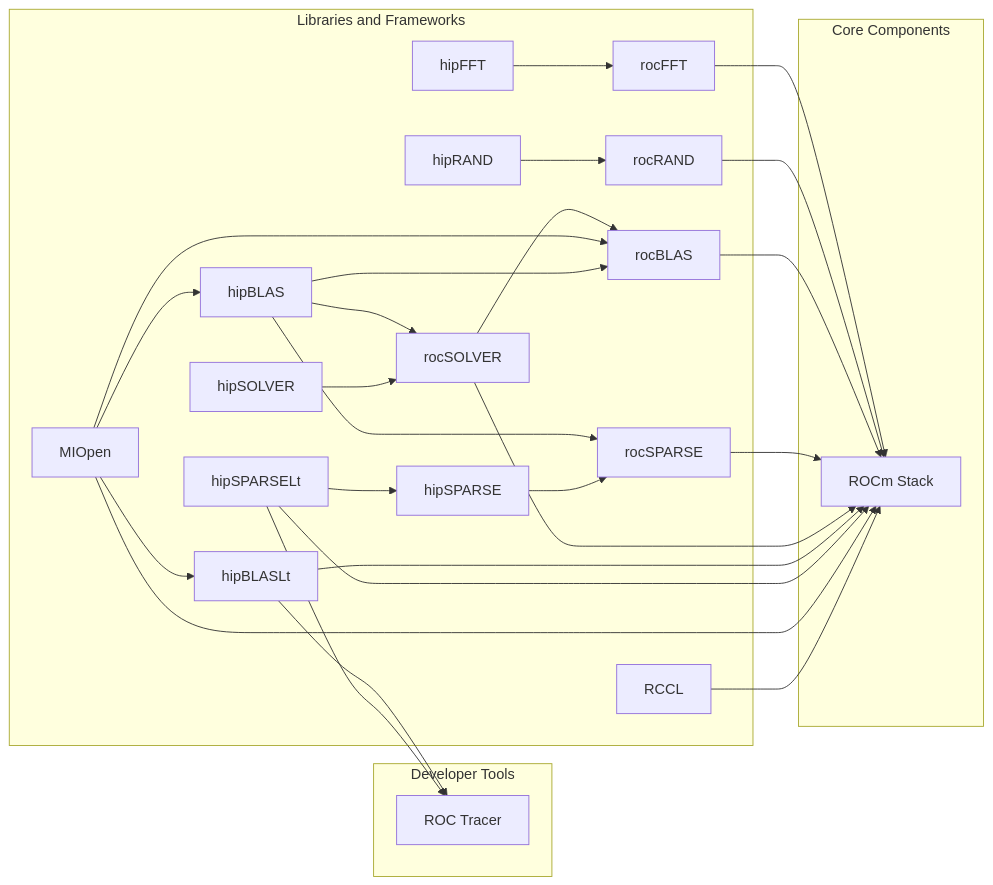
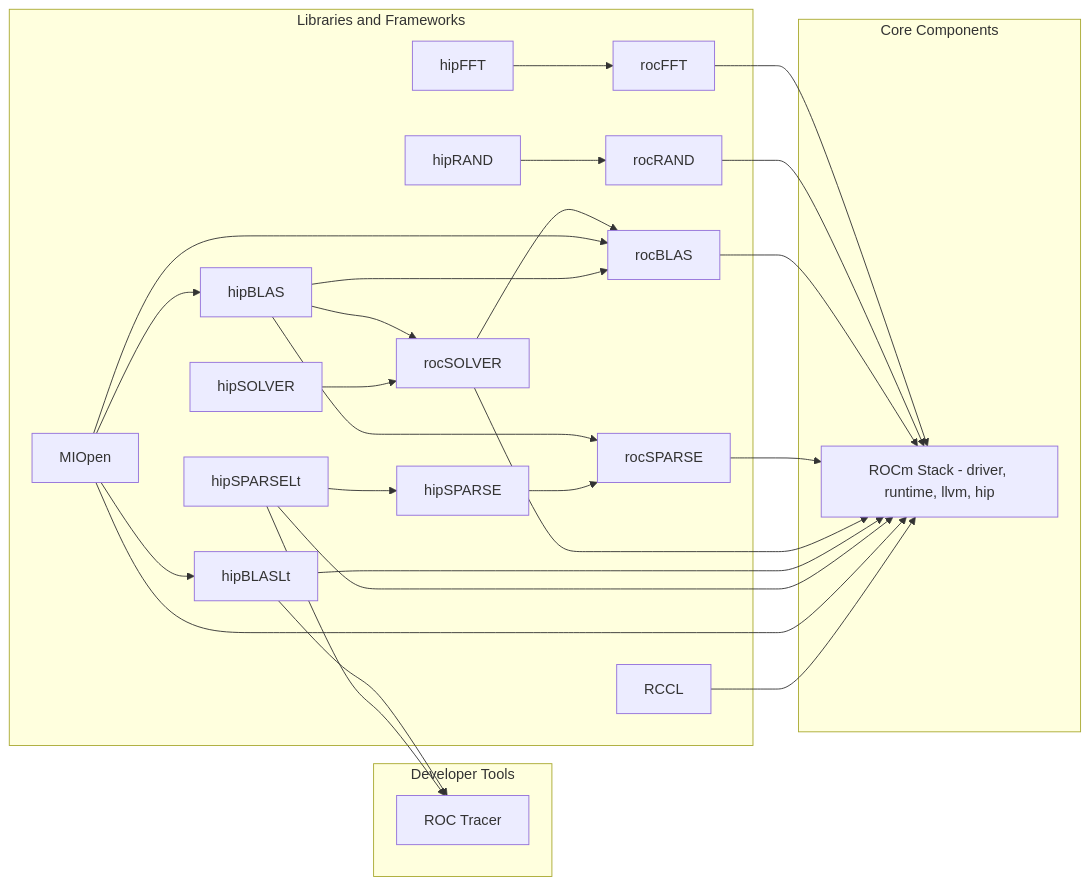
The fourth of 4 diagrams in docs/site_specific_config/rocm.md (EESSI/docs), drawn with Mermaid before and after one commit. The commit also changed other lines of this file, not shown here.

Commit message:
Improved dev tool section of ROCm overview

````diff
--- a/docs/site_specific_config/rocm.md
+++ b/docs/site_specific_config/rocm.md
@@ -378,52 +352,52 @@
 ```mermaid
 graph LR;
     subgraph Core Components
-        rocmstack[ROCm Stack]
+        rocmstack[ROCm Stack - driver, runtime, llvm, hip]
     end
     subgraph Developer Tools
         roctracer[ROC Tracer]
     end
     subgraph Libraries and Frameworks
         rocfft[rocFFT]
         rocrand[rocRAND]
         rocblas[rocBLAS]
         rocsparse[rocSPARSE]
         rocsolver[rocSOLVER]
         hipblaslt[hipBLASLt]
         hipsparselt[hipSPARSELt]
         miopen[MIOpen]
         rccl[RCCL]
         hipfft[hipFFT]
         hiprand[hipRAND]
         hipblas[hipBLAS]
         hipsparse[hipSPARSE]
         hipsolver[hipSOLVER]
     end
 
     rocfft --> rocmstack
     rocrand --> rocmstack
     rocblas --> rocmstack
     rocsparse --> rocmstack
     rocsolver --> rocmstack
     rocsolver --> rocblas
     hipblaslt --> rocmstack
     hipblaslt --> roctracer
     hipsparselt --> rocmstack
     hipsparselt --> roctracer
     hipsparselt --> hipsparse
 
     miopen --> rocmstack
     miopen --> rocblas
     miopen --> hipblaslt
     miopen --> hipblas
 
     rccl --> rocmstack
 
     hipfft --> rocfft
     hiprand --> rocrand
     hipblas --> rocblas
     hipblas --> rocsparse
     hipblas --> rocsolver
     hipsparse --> rocsparse
     hipsolver --> rocsolver
 ```
````
